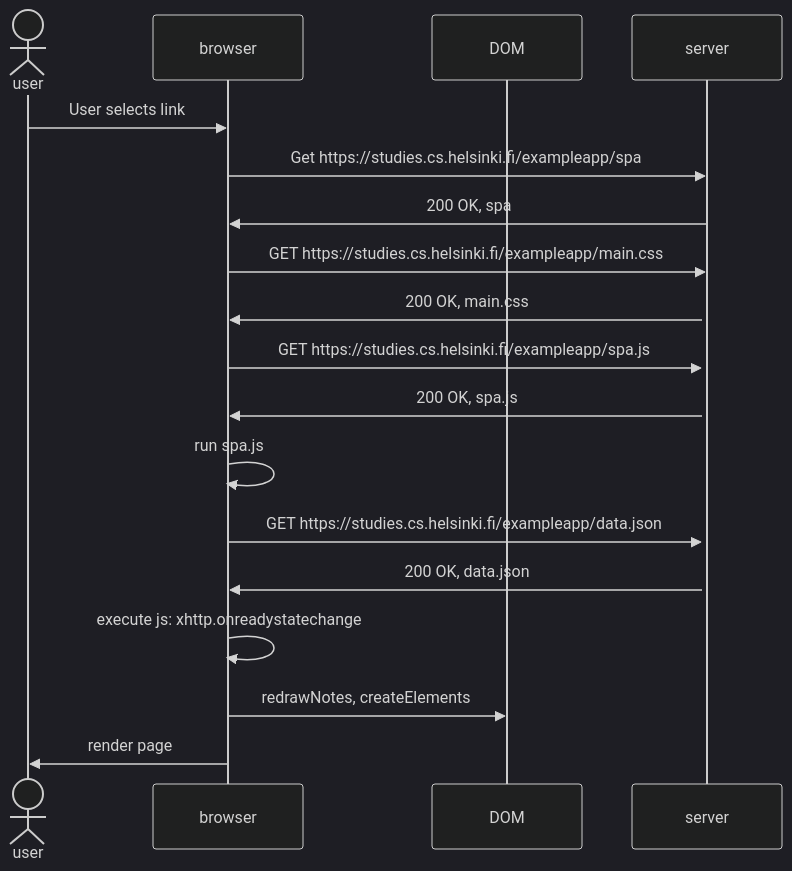
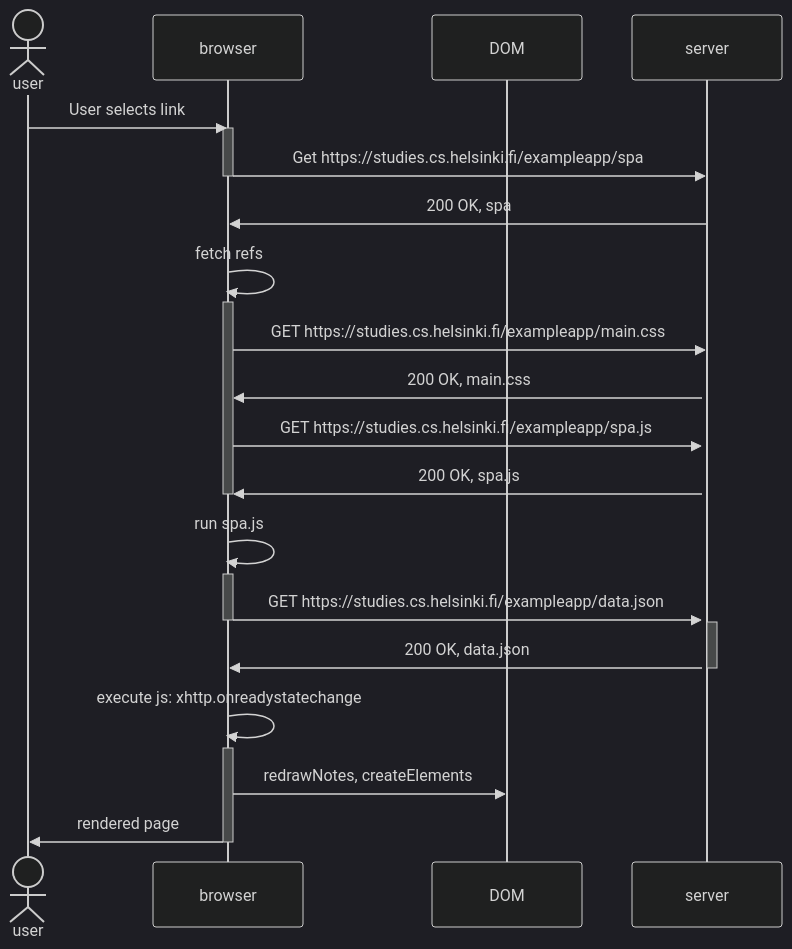
Before and after one commit to mattire/FullStackOpen_Palautusrepositorio: the second of 3 diagrams in osa0/README.md, drawn with Mermaid (dark theme). The commit also changed other lines of this file, not shown here.

Commit message:
Osa0, refine seq diagrams

````diff
--- a/osa0/README.md
+++ b/osa0/README.md
@@ -40,24 +48,33 @@
 ```mermaid
 sequenceDiagram
     actor user
     participant browser
     participant DOM
     participant server
 
     user->>browser: User selects link
+    activate browser
     browser->>server: Get https://studies.cs.helsinki.fi/exampleapp/spa
+    deactivate browser
     server->>browser: 200 OK, spa
-
+    browser->>browser: fetch refs
+    activate browser
     browser->>server: GET https://studies.cs.helsinki.fi/exampleapp/main.css
     activate server
     server->>browser: 200 OK, main.css
     browser->>server: GET https://studies.cs.helsinki.fi/exampleapp/spa.js
     server->>browser: 200 OK, spa.js
-
+    deactivate browser
     browser->>browser: run spa.js
+    activate browser
     browser->>server: GET https://studies.cs.helsinki.fi/exampleapp/data.json
+    deactivate browser
+    activate server
     server->>browser: 200 OK, data.json
+    deactivate server
     browser->>browser: execute js: xhttp.onreadystatechange
+    activate browser
     browser->>DOM: redrawNotes, createElements
-    browser->>user: render page
+    browser->>user: rendered page
+    deactivate browser
 ```
````
